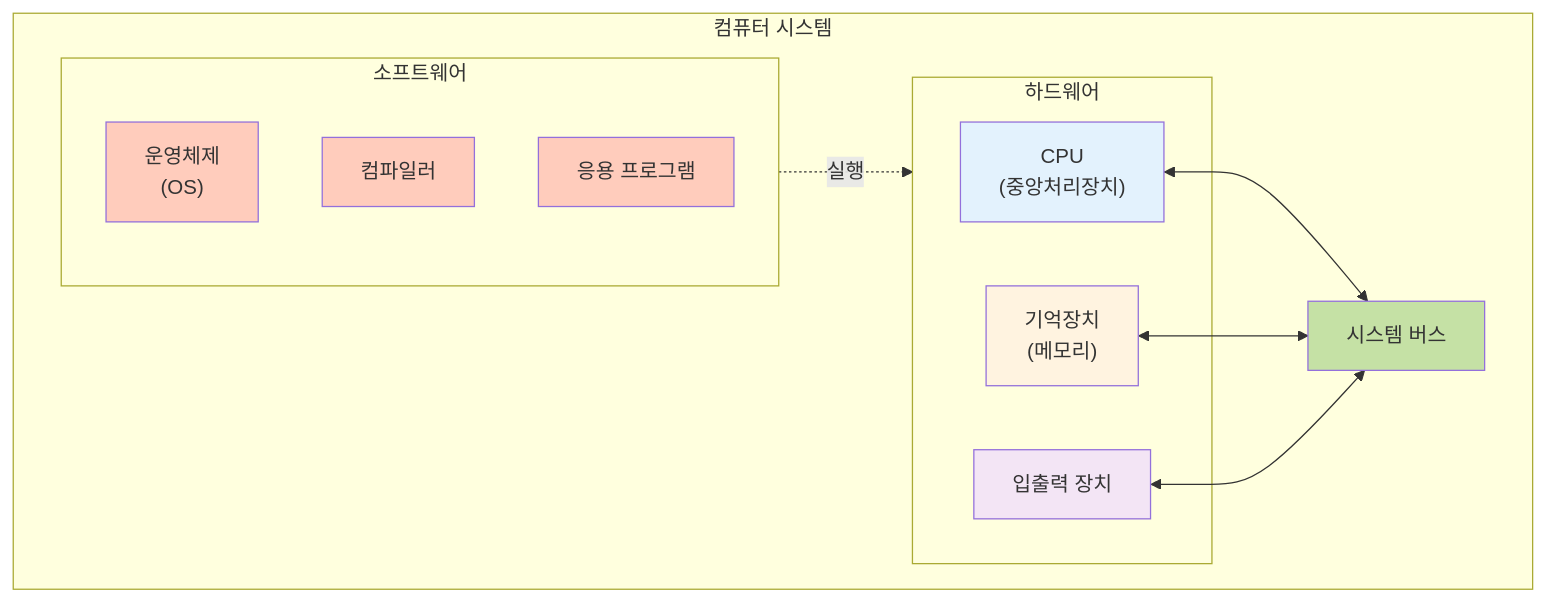
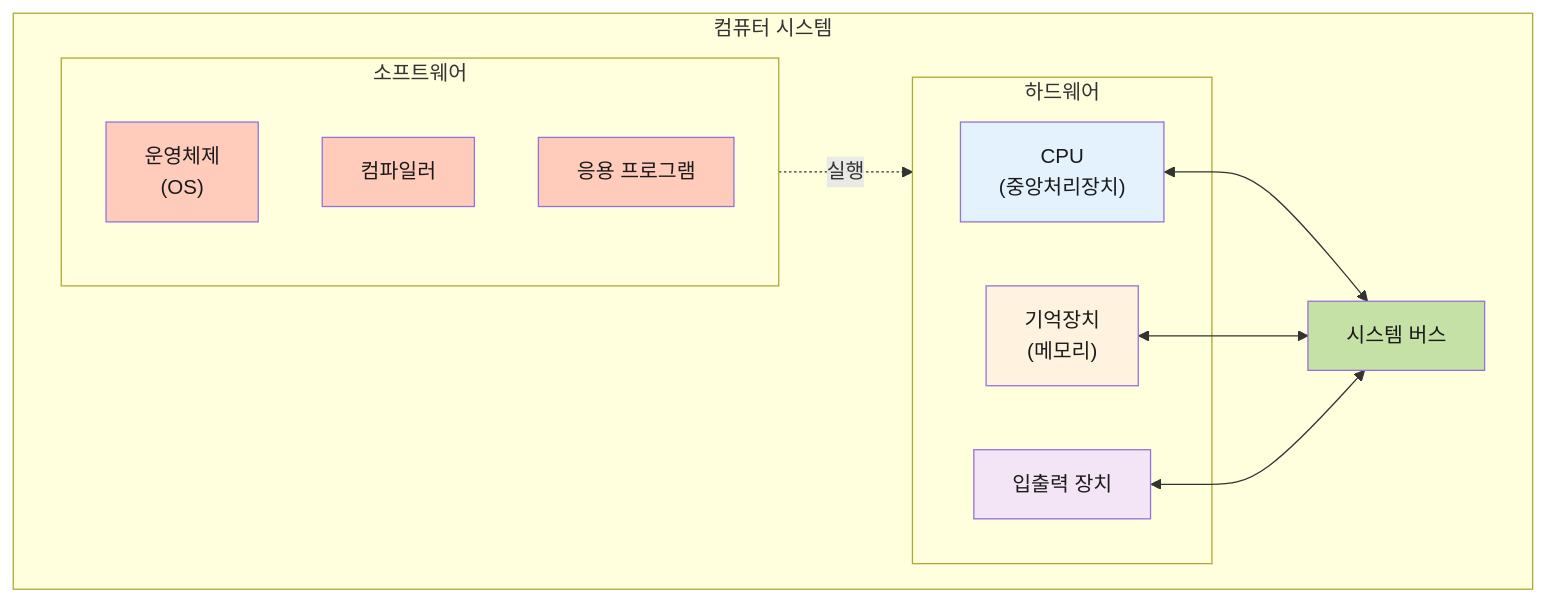
One commit to Cllaude99/cllaude99_labs changed the first of 9 diagrams in apps/devblog/content/posts/computer-architecture.mdx. Above: the diagram before and after it, drawn with Mermaid. The commit also changed other lines of this file, not shown here.

Commit message:
fix: 컴퓨터 구조 글의 머메이드 다이어그램에 다크 모드 텍스트 색상 추가                                                           - 모든 다이어그램 style 정의에color:#1a1a1a 속성을 추가하여 다크 모드에서 글씨가 보이지 않는 문제를 수정했습니다.

````diff
--- a/apps/devblog/content/posts/computer-architecture.mdx
+++ b/apps/devblog/content/posts/computer-architecture.mdx
@@ -17,32 +17,32 @@
 ```mermaid
 graph TB
     subgraph Computer["컴퓨터 시스템"]
         subgraph Hardware["하드웨어"]
             CPU["CPU<br/>(중앙처리장치)"]
             Memory["기억장치<br/>(메모리)"]
             IO["입출력 장치"]
         end
 
         subgraph Software["소프트웨어"]
             OS["운영체제<br/>(OS)"]
             Compiler["컴파일러"]
             Apps["응용 프로그램"]
         end
 
         Bus["시스템 버스"]
     end
 
     CPU <--> Bus
     Memory <--> Bus
     IO <--> Bus
 
     Software -.실행.-> Hardware
 
-    style CPU fill:#e3f2fd
-    style Memory fill:#fff3e0
-    style IO fill:#f3e5f5
-    style Bus fill:#c5e1a5
-    style OS fill:#ffccbc
-    style Compiler fill:#ffccbc
-    style Apps fill:#ffccbc
+    style CPU fill:#e3f2fd,color:#1a1a1a
+    style Memory fill:#fff3e0,color:#1a1a1a
+    style IO fill:#f3e5f5,color:#1a1a1a
+    style Bus fill:#c5e1a5,color:#1a1a1a
+    style OS fill:#ffccbc,color:#1a1a1a
+    style Compiler fill:#ffccbc,color:#1a1a1a
+    style Apps fill:#ffccbc,color:#1a1a1a
 ```
````
